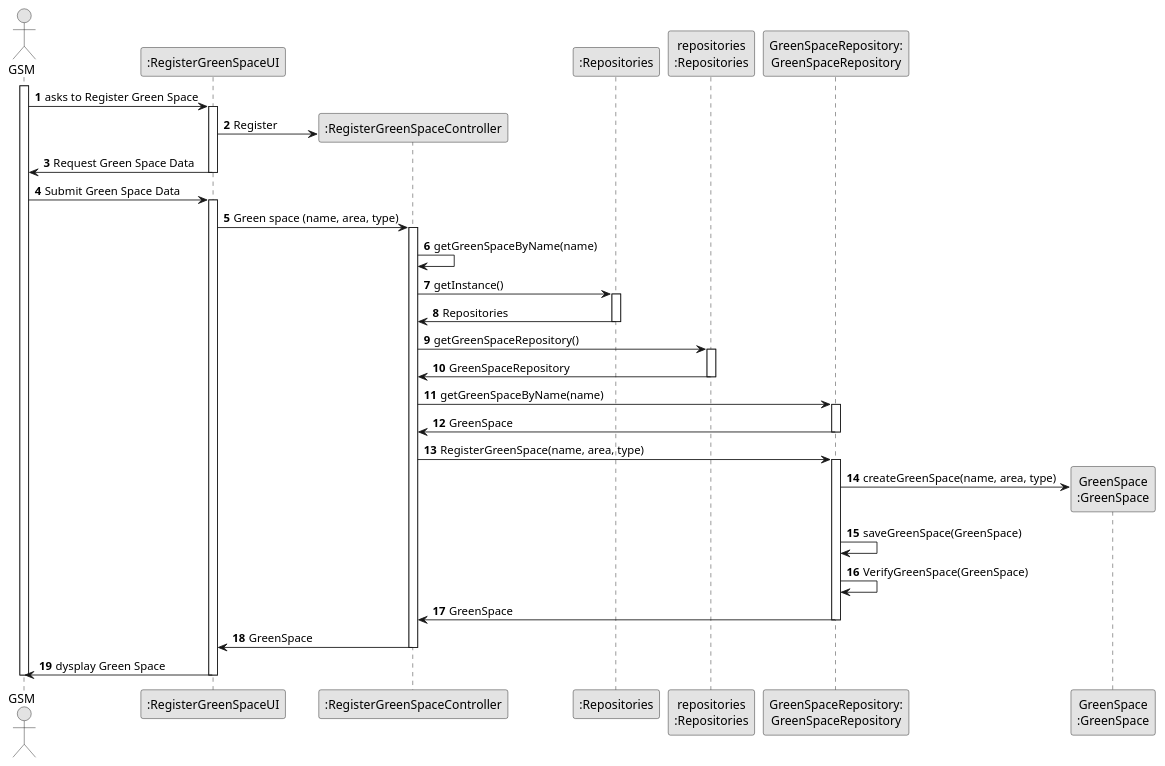
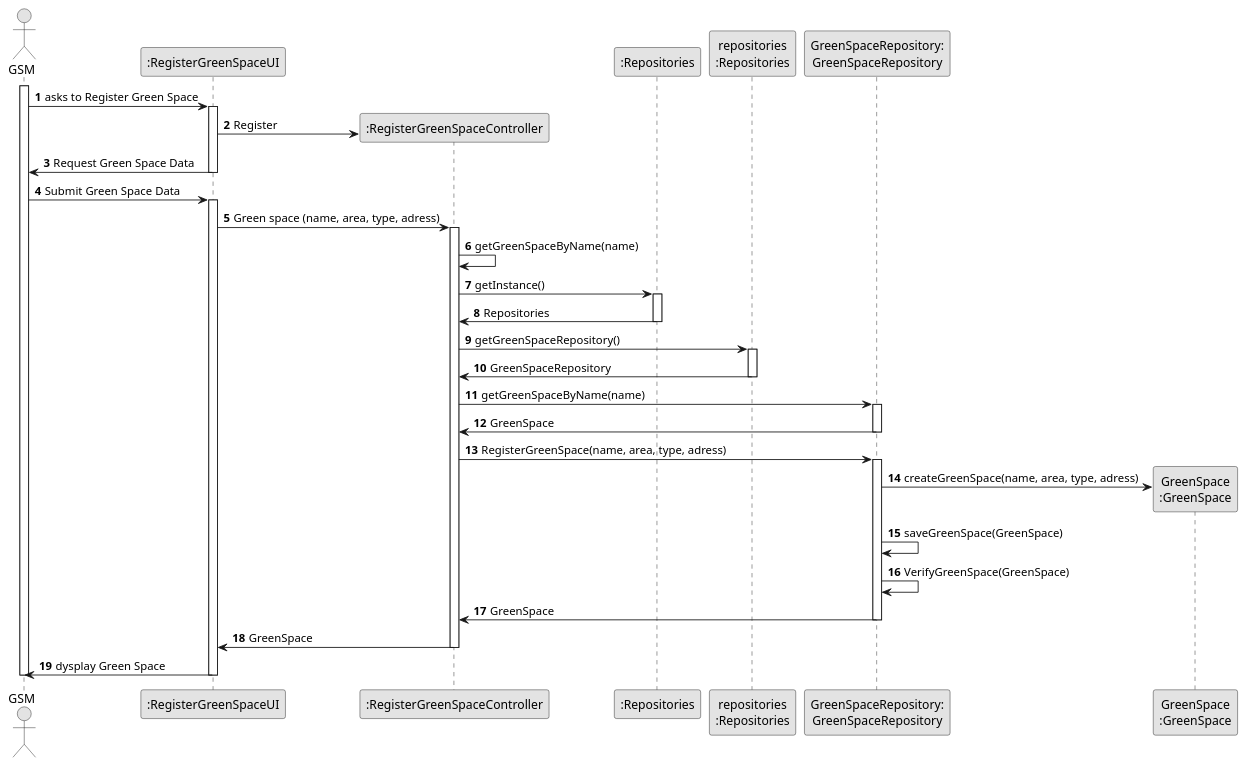
One commit to Departamento-de-Engenharia-Informatica/lei-24-s2-1dm-g132 changed the diagram in docs/sprintC/us020/03.design/puml/us020-sequence-diagram-full.puml. Above: the diagram before and after it, drawn with PlantUML. The commit also changed 7 other files, not shown here.

Commit message:
Green Space and Green Space repository

```diff
--- a/docs/sprintC/us020/03.design/puml/us020-sequence-diagram-full.puml
+++ b/docs/sprintC/us020/03.design/puml/us020-sequence-diagram-full.puml
@@ -1,103 +1,103 @@
 @startuml
 skinparam monochrome true
 skinparam packageStyle rectangle
 skinparam shadowing false
 
 autonumber
 
 actor "GSM" as GSM
 participant ":RegisterGreenSpaceUI" as UI
 participant ":RegisterGreenSpaceController" as CTRL
 participant ":Repositories" as RepositorySingleton
 participant "repositories\n:Repositories" as PLAT
 participant "GreenSpaceRepository:\nGreenSpaceRepository" as GreenSpaceRepository
 participant "GreenSpace\n:GreenSpace" as GreenSpace
 
 activate GSM
 
         GSM -> UI : asks to Register Green Space
 
         activate UI
 
         UI -> CTRL** : Register
 
         UI ->GSM : Request Green Space Data
 
         deactivate UI
 
         GSM -> UI : Submit Green Space Data
 
         activate UI
 
-        UI -> CTRL : Green space (name, area, type)
+        UI -> CTRL : Green space (name, area, type, adress)
 
         activate CTRL
 
         CTRL -> CTRL : getGreenSpaceByName(name)
 
         CTRL -> RepositorySingleton : getInstance()
 
         activate RepositorySingleton
 
         RepositorySingleton -> CTRL : Repositories
 
         deactivate RepositorySingleton
 
         CTRL -> PLAT : getGreenSpaceRepository()
 
         activate PLAT
 
         PLAT -> CTRL : GreenSpaceRepository
 
         deactivate PLAT
 
         CTRL -> GreenSpaceRepository : getGreenSpaceByName(name)
 
         activate GreenSpaceRepository
 
         GreenSpaceRepository -> CTRL : GreenSpace
 
         deactivate GreenSpaceRepository
 
-        CTRL -> GreenSpaceRepository : RegisterGreenSpace(name, area, type)
+        CTRL -> GreenSpaceRepository : RegisterGreenSpace(name, area, type, adress)
 
         activate GreenSpaceRepository
 
-        GreenSpaceRepository -> GreenSpace** : createGreenSpace(name, area, type)
+        GreenSpaceRepository -> GreenSpace** : createGreenSpace(name, area, type, adress)
 
 
         GreenSpaceRepository -> GreenSpaceRepository : saveGreenSpace(GreenSpace)
 
         GreenSpaceRepository -> GreenSpaceRepository : VerifyGreenSpace(GreenSpace)
 
         GreenSpaceRepository -> CTRL : GreenSpace
 
         deactivate GreenSpaceRepository
 
         CTRL -> UI : GreenSpace
 
         deactivate CTRL
 
         UI -> GSM : dysplay Green Space
 
         deactivate UI
 
         deactivate GSM
 
 
 
 
 
 
 
 
 
 
 
 
 
 
 
 
 
 @enduml
```
